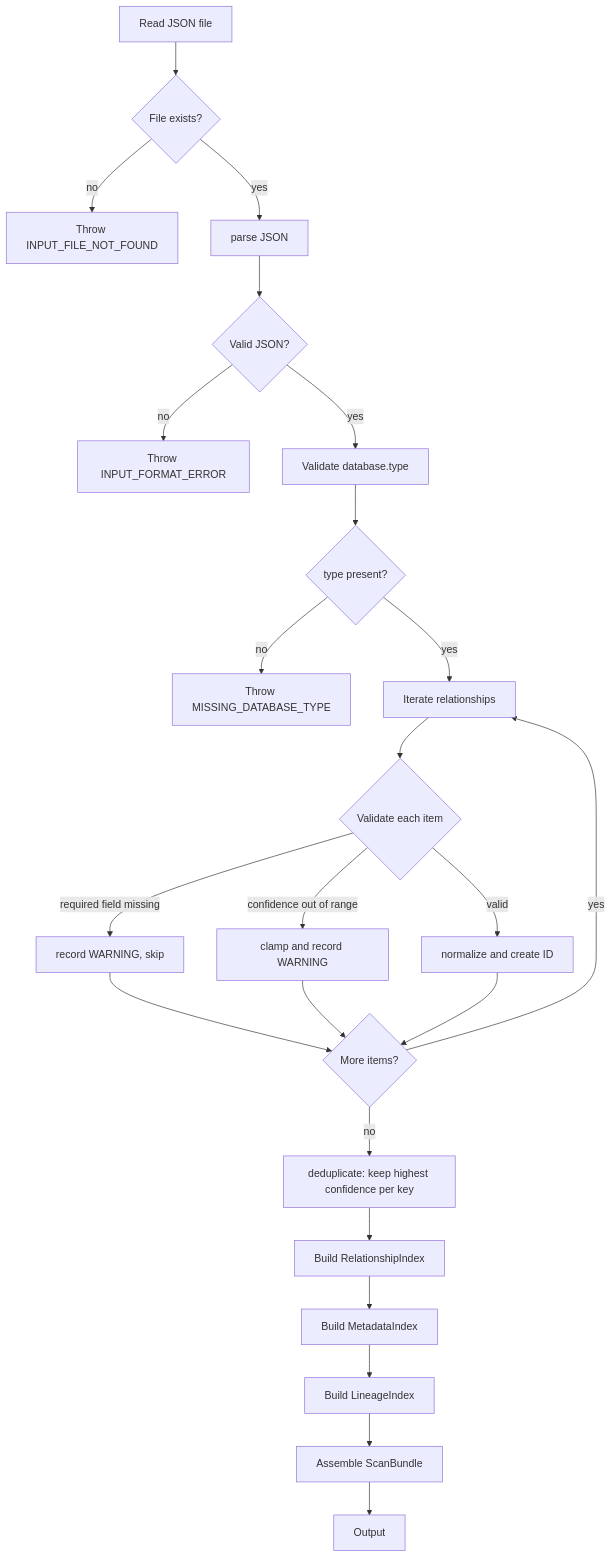
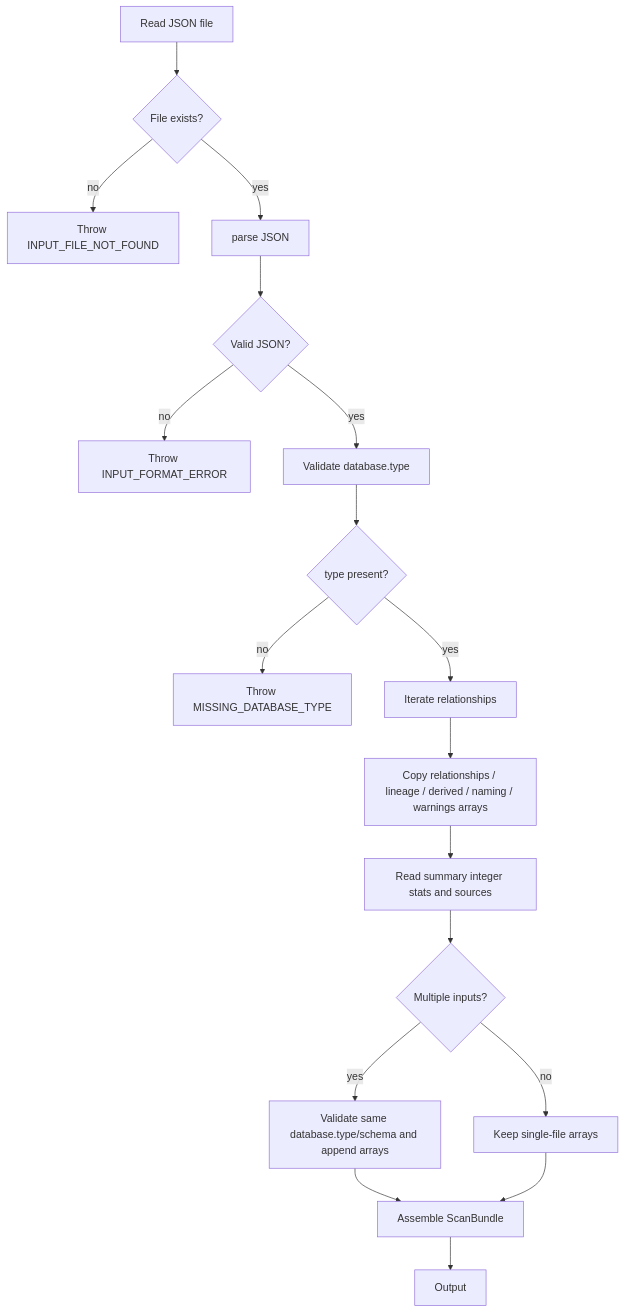
The second of 4 diagrams in docs/design/semantic-layer/01-scan-result-reader.md (xiaoguang/relation-detector), drawn with Mermaid before and after one commit. The commit also changed other lines of this file and 881 other files, not shown here.

````diff
--- a/docs/design/semantic-layer/01-scan-result-reader.md
+++ b/docs/design/semantic-layer/01-scan-result-reader.md
@@ -180,26 +174,20 @@
 ```mermaid
 flowchart TD
     A[Read JSON file] --> B{File exists?}
     B -- no --> E1[Throw INPUT_FILE_NOT_FOUND]
     B -- yes --> C[parse JSON]
     C --> D{Valid JSON?}
     D -- no --> E2[Throw INPUT_FORMAT_ERROR]
     D -- yes --> F[Validate database.type]
     F --> G{type present?}
     G -- no --> E3[Throw MISSING_DATABASE_TYPE]
     G -- yes --> H[Iterate relationships]
-    H --> I{Validate each item}
-    I -- required field missing --> J[record WARNING, skip]
-    I -- confidence out of range --> K[clamp and record WARNING]
-    I -- valid --> L[normalize and create ID]
-    J --> M{More items?}
-    K --> M
-    L --> M
-    M -- yes --> H
-    M -- no --> N[deduplicate: keep highest confidence per key]
-    N --> O[Build RelationshipIndex]
-    O --> P[Build MetadataIndex]
-    P --> Q[Build LineageIndex]
-    Q --> R[Assemble ScanBundle]
-    R --> S[Output]
+    H --> I[Copy relationships / lineage / derived / naming / warnings arrays]
+    I --> J[Read summary integer stats and sources]
+    J --> K{Multiple inputs?}
+    K -- yes --> L[Validate same database.type/schema and append arrays]
+    K -- no --> M[Keep single-file arrays]
+    L --> N[Assemble ScanBundle]
+    M --> N
+    N --> O[Output]
 ```
````
